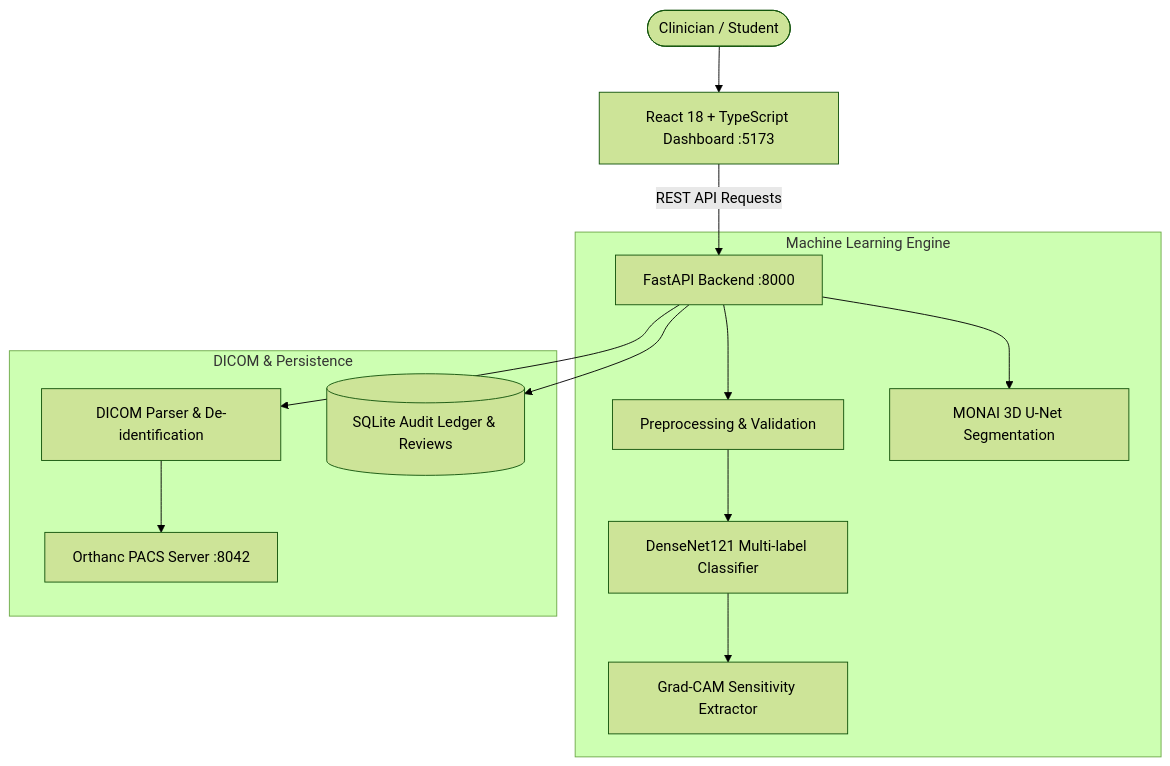
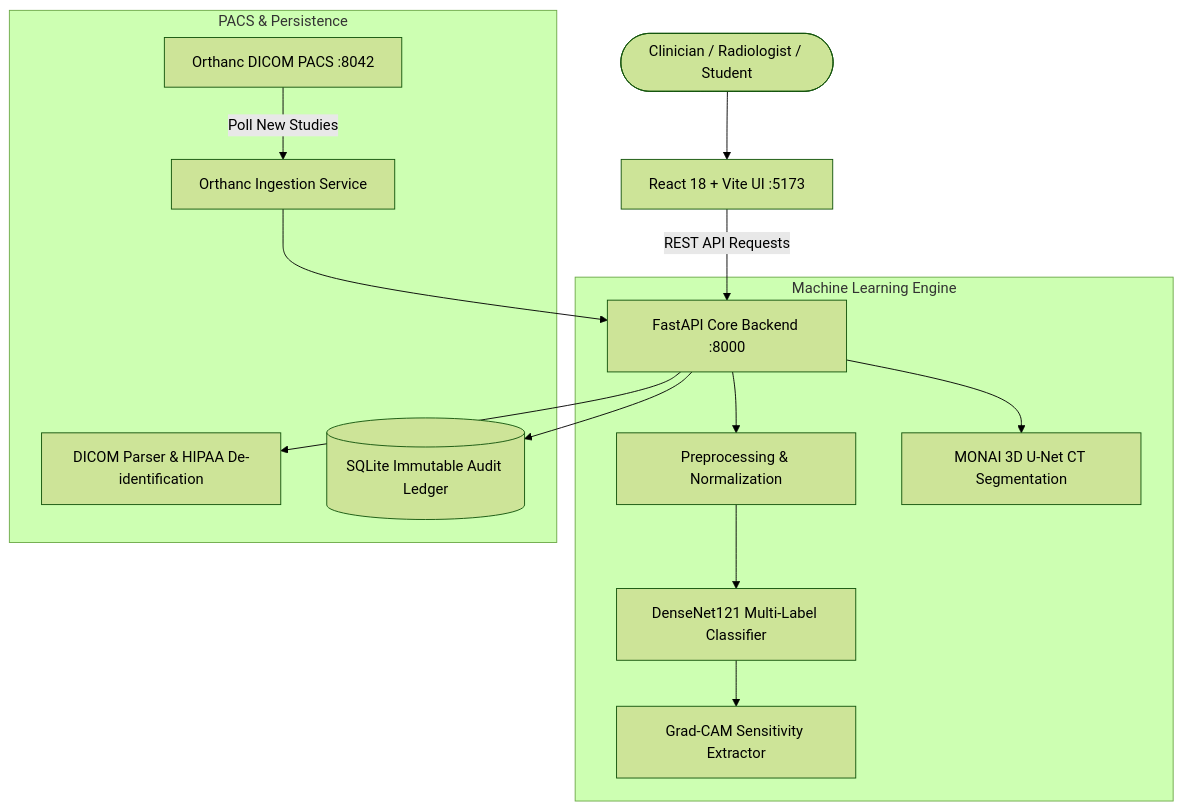
One commit to Sushil-RsP/AI-Assisted-Medical-Imaging-and-Diagnosis-System changed the diagram in README.md. Above: the diagram before and after it, drawn with Mermaid (forest theme). The commit also changed other lines of this file, not shown here.

Commit message:
docs: update README with full requirement audit, architecture flow, and sample scans guide

````diff
--- a/README.md
+++ b/README.md
@@ -29,18 +36,19 @@
 ```mermaid
 graph TD
-    User([Clinician / Student]) --> Frontend[React 18 + TypeScript Dashboard :5173]
-    Frontend -->|REST API Requests| Backend[FastAPI Backend :8000]
+    User([Clinician / Radiologist / Student]) --> Frontend[React 18 + Vite UI :5173]
+    Frontend -->|REST API Requests| Backend[FastAPI Core Backend :8000]
     
     subgraph Machine Learning Engine
-        Backend --> Preprocess[Preprocessing & Validation]
-        Preprocess --> Classifier[DenseNet121 Multi-label Classifier]
+        Backend --> Preprocess[Preprocessing & Normalization]
+        Preprocess --> Classifier[DenseNet121 Multi-Label Classifier]
         Classifier --> GradCAM[Grad-CAM Sensitivity Extractor]
-        Backend --> MonaiUnet[MONAI 3D U-Net Segmentation]
+        Backend --> MonaiUnet[MONAI 3D U-Net CT Segmentation]
     end
     
-    subgraph DICOM & Persistence
-        Backend --> DicomParser[DICOM Parser & De-identification]
-        DicomParser --> Orthanc[Orthanc PACS Server :8042]
-        Backend --> Database[(SQLite Audit Ledger & Reviews)]
+    subgraph PACS & Persistence
+        Orthanc[Orthanc DICOM PACS :8042] -->|Poll New Studies| PullWorker[Orthanc Ingestion Service]
+        PullWorker --> Backend
+        Backend --> DicomParser[DICOM Parser & HIPAA De-identification]
+        Backend --> Database[(SQLite Immutable Audit Ledger)]
     end
 ```
````
